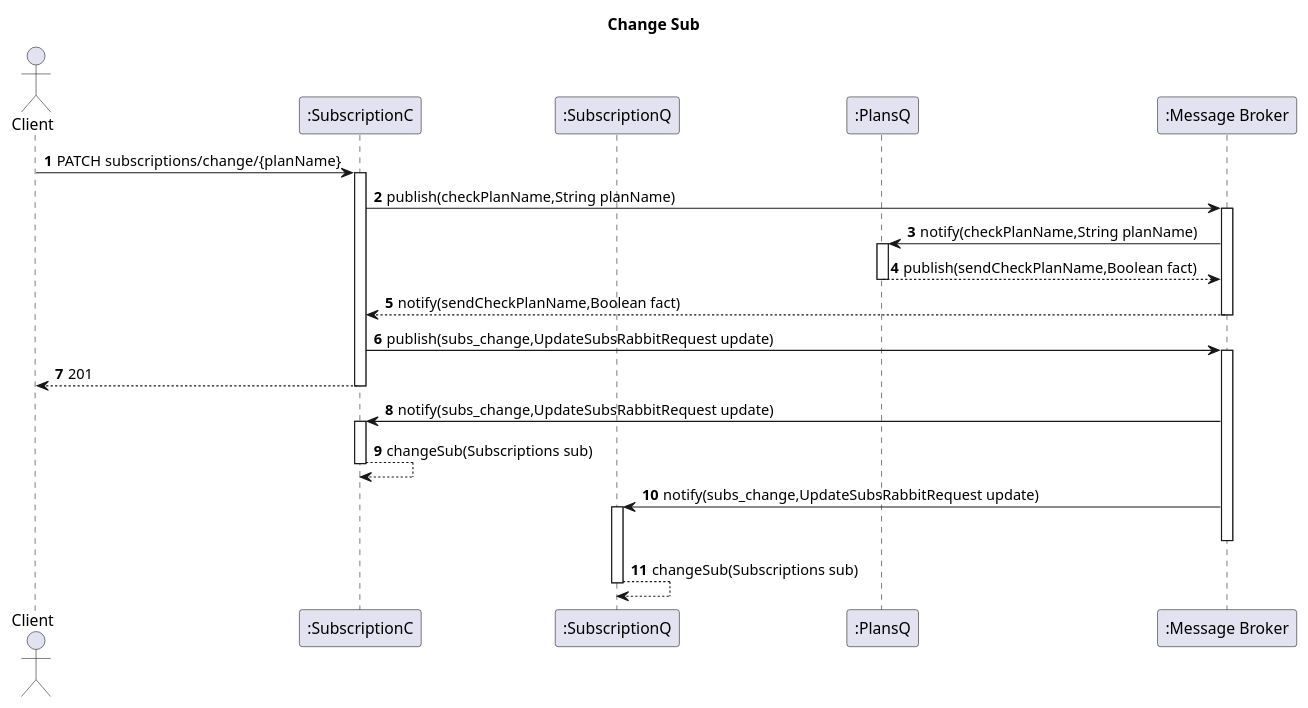
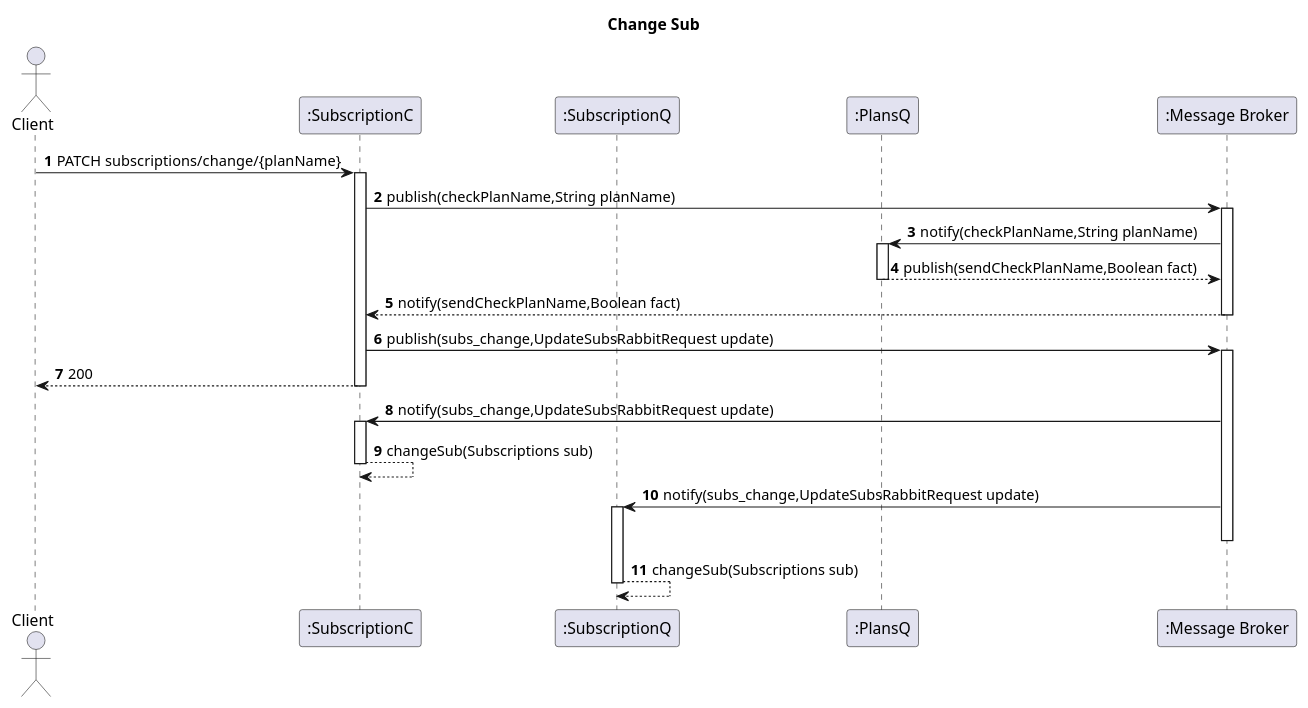
One commit to IsepMartimOliveira/SIDIS changed the diagram in docs_sidis/Segunda_Avalição/Subs/Vista Logica/N2/ChangeSubs.puml. Above: the diagram before and after it, drawn with PlantUML. The commit also changed 34 other files, not shown here.

```diff
--- a/docs_sidis/Segunda_Avalição/Subs/Vista Logica/N2/ChangeSubs.puml
+++ b/docs_sidis/Segunda_Avalição/Subs/Vista Logica/N2/ChangeSubs.puml
@@ -1,32 +1,32 @@
 @startuml
 'https://plantuml.com/sequence-diagram
 autoactivate on
 autonumber
 title  Change Sub
 
 autonumber
 
 actor "Client" as Ac
 
 participant ":SubscriptionC" as SubC
 participant ":SubscriptionQ" as SubQ
 participant ":PlansQ" as Plans
 participant ":Message Broker" as Broker
 
 Ac->SubC:PATCH subscriptions/change/{planName}
 SubC->Broker: publish(checkPlanName,String planName)
 Broker->Plans:notify(checkPlanName,String planName)
 Plans-->Broker: publish(sendCheckPlanName,Boolean fact)
 
 Broker-->SubC: notify(sendCheckPlanName,Boolean fact)
 SubC->Broker: publish(subs_change,UpdateSubsRabbitRequest update)
-SubC-->Ac:201
+SubC-->Ac:200
 
 Broker->SubC:notify(subs_change,UpdateSubsRabbitRequest update)
 SubC-->SubC:changeSub(Subscriptions sub)
 Broker->SubQ:notify(subs_change,UpdateSubsRabbitRequest update)
 deactivate Broker
 
 SubQ-->SubQ:changeSub(Subscriptions sub)
 
 @enduml
```
